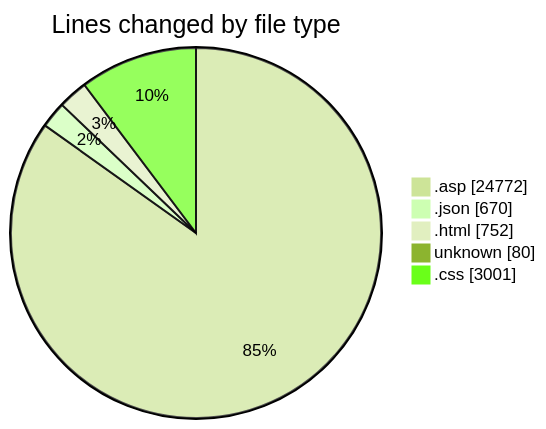
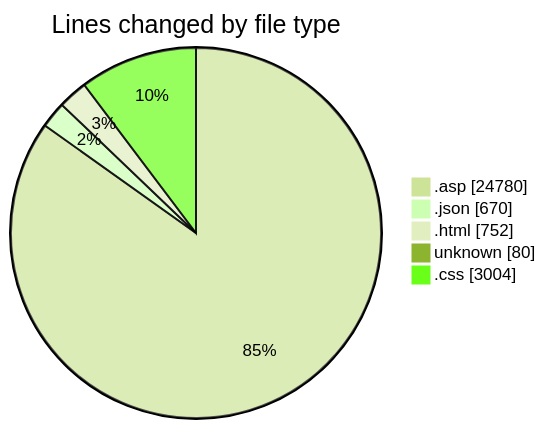
Before and after one commit to julien-gomy/code-tracking: the first of 2 diagrams in 2025-11-01/cdp_aleoudev_fr__workspace_/README.md, drawn with Mermaid (forest theme). The commit also changed other lines of this file and 1 other file, not shown here.

````diff
--- a/2025-11-01/cdp_aleoudev_fr__workspace_/README.md
+++ b/2025-11-01/cdp_aleoudev_fr__workspace_/README.md
@@ -36,9 +36,9 @@
 ```mermaid
 pie showData
 title Lines changed by file type
-".asp" : 24772
+".asp" : 24780
 ".json" : 670
 ".html" : 752
 "unknown" : 80
-".css" : 3001
+".css" : 3004
 ```
````
